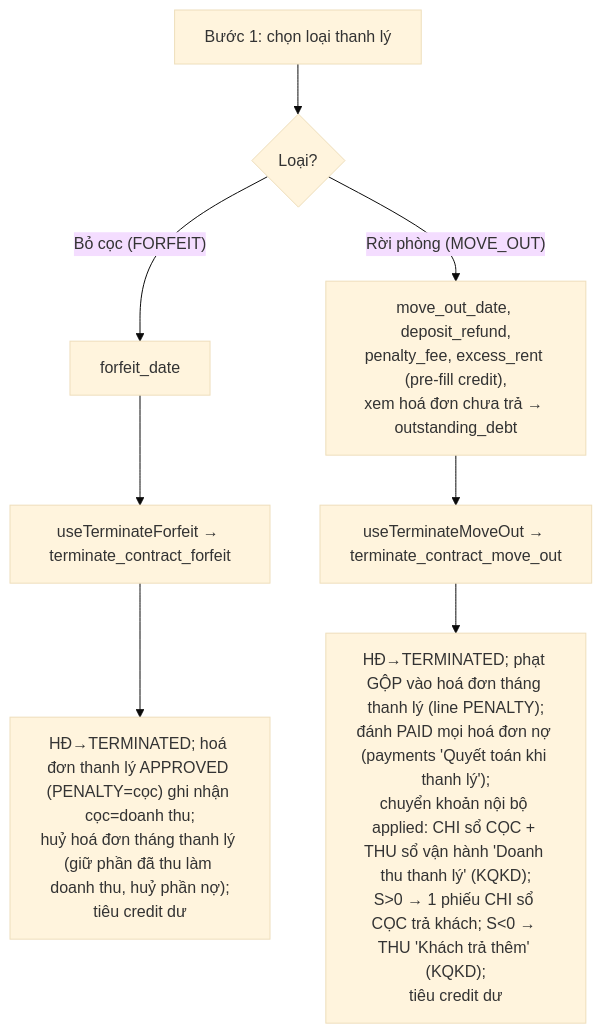
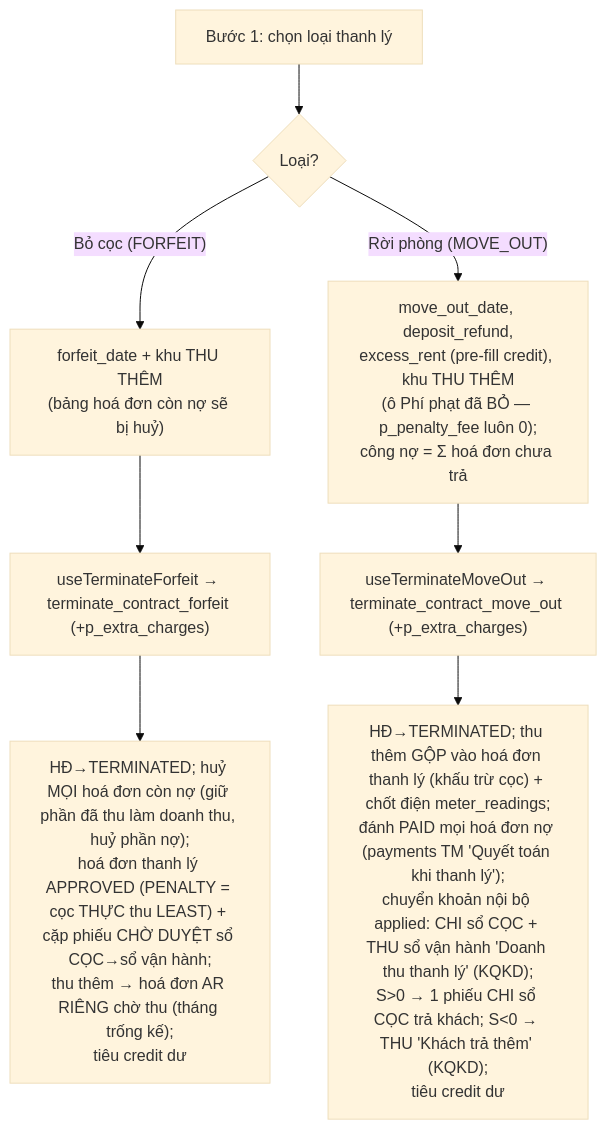
Before and after one commit to zxGreenxz/whiteboard-ihomecrm: the fourth of 4 diagrams in docs/he-thong/05-hop-dong.md, drawn with Mermaid (base theme). The commit also changed other lines of this file and 20 other files, not shown here.

````diff
--- a/docs/he-thong/05-hop-dong.md
+++ b/docs/he-thong/05-hop-dong.md
@@ -362,10 +371,10 @@
 ```mermaid
 flowchart TD
     S1["Bước 1: chọn loại thanh lý"] --> FF{"Loại?"}
-    FF -- "Bỏ cọc (FORFEIT)" --> FO["forfeit_date"]
-    FF -- "Rời phòng (MOVE_OUT)" --> MO["move_out_date, deposit_refund,<br/>penalty_fee, excess_rent (pre-fill credit),<br/>xem hoá đơn chưa trả → outstanding_debt"]
-    FO --> FH["useTerminateForfeit → terminate_contract_forfeit"]
-    MO --> MH["useTerminateMoveOut → terminate_contract_move_out"]
-    FH --> R1["HĐ→TERMINATED; hoá đơn thanh lý APPROVED (PENALTY=cọc) ghi nhận cọc=doanh thu;<br/>huỷ hoá đơn tháng thanh lý (giữ phần đã thu làm doanh thu, huỷ phần nợ);<br/>tiêu credit dư"]
-    MH --> R2["HĐ→TERMINATED; phạt GỘP vào hoá đơn tháng thanh lý (line PENALTY);<br/>đánh PAID mọi hoá đơn nợ (payments 'Quyết toán khi thanh lý');<br/>chuyển khoản nội bộ applied: CHI sổ CỌC + THU sổ vận hành 'Doanh thu thanh lý' (KQKD);<br/>S&gt;0 → 1 phiếu CHI sổ CỌC trả khách; S&lt;0 → THU 'Khách trả thêm' (KQKD);<br/>tiêu credit dư"]
+    FF -- "Bỏ cọc (FORFEIT)" --> FO["forfeit_date + khu THU THÊM<br/>(bảng hoá đơn còn nợ sẽ bị huỷ)"]
+    FF -- "Rời phòng (MOVE_OUT)" --> MO["move_out_date, deposit_refund,<br/>excess_rent (pre-fill credit), khu THU THÊM<br/>(ô Phí phạt đã BỎ — p_penalty_fee luôn 0);<br/>công nợ = Σ hoá đơn chưa trả"]
+    FO --> FH["useTerminateForfeit → terminate_contract_forfeit (+p_extra_charges)"]
+    MO --> MH["useTerminateMoveOut → terminate_contract_move_out (+p_extra_charges)"]
+    FH --> R1["HĐ→TERMINATED; huỷ MỌI hoá đơn còn nợ (giữ phần đã thu làm doanh thu, huỷ phần nợ);<br/>hoá đơn thanh lý APPROVED (PENALTY = cọc THỰC thu LEAST) + cặp phiếu CHỜ DUYỆT sổ CỌC→sổ vận hành;<br/>thu thêm → hoá đơn AR RIÊNG chờ thu (tháng trống kế);<br/>tiêu credit dư"]
+    MH --> R2["HĐ→TERMINATED; thu thêm GỘP vào hoá đơn thanh lý (khấu trừ cọc) + chốt điện meter_readings;<br/>đánh PAID mọi hoá đơn nợ (payments TM 'Quyết toán khi thanh lý');<br/>chuyển khoản nội bộ applied: CHI sổ CỌC + THU sổ vận hành 'Doanh thu thanh lý' (KQKD);<br/>S&gt;0 → 1 phiếu CHI sổ CỌC trả khách; S&lt;0 → THU 'Khách trả thêm' (KQKD);<br/>tiêu credit dư"]
 ```
````
